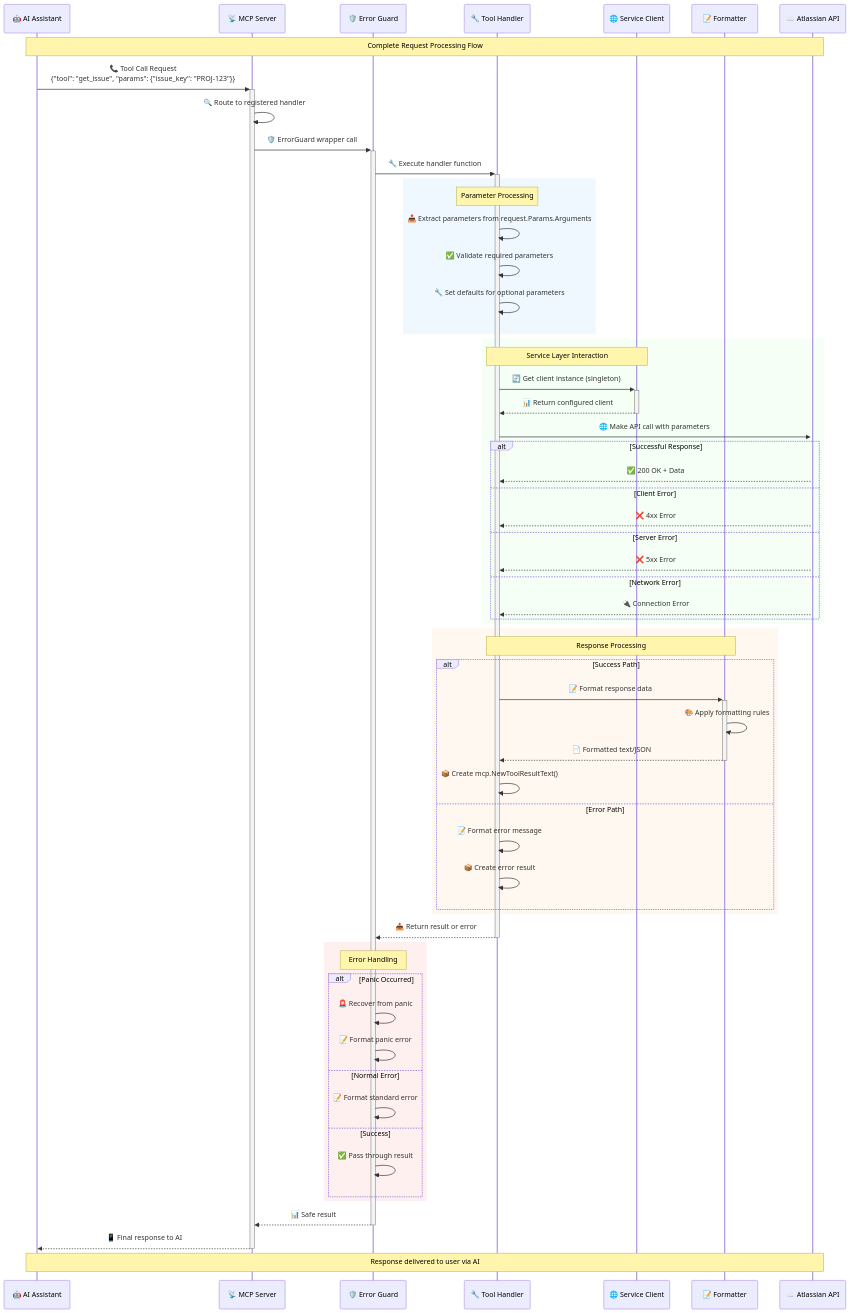
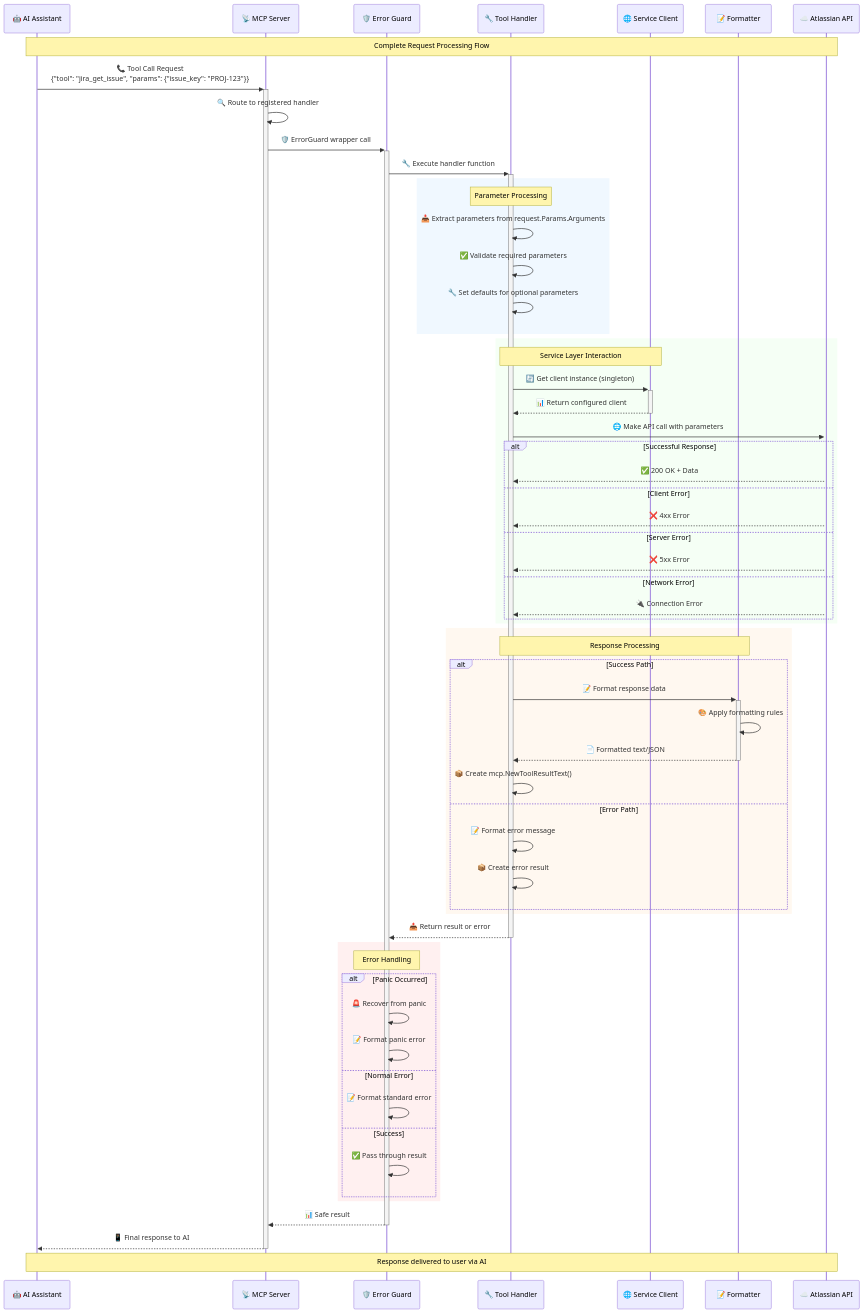
Before and after one commit to nguyenvanduocit/jira-mcp: the fifth of 8 diagrams in docs/SYSTEM_DIAGRAMS.md, drawn with Mermaid. The commit also changed other lines of this file and 17 other files, not shown here.

First line of the commit message:
feat: add jira_ prefix to all tool names for better LLM discoverability

````diff
--- a/docs/SYSTEM_DIAGRAMS.md
+++ b/docs/SYSTEM_DIAGRAMS.md
@@ -254,74 +254,74 @@
 ```mermaid
 sequenceDiagram
     participant AI as 🤖 AI Assistant
     participant MCP as 📡 MCP Server
     participant GUARD as 🛡️ Error Guard
     participant TOOL as 🔧 Tool Handler
     participant SVC as 🌐 Service Client
     participant FMT as 📝 Formatter
     participant API as ☁️ Atlassian API
     
     Note over AI,API: Complete Request Processing Flow
     
-    AI->>+MCP: 📞 Tool Call Request<br/>{"tool": "get_issue", "params": {"issue_key": "PROJ-123"}}
+    AI->>+MCP: 📞 Tool Call Request<br/>{"tool": "jira_get_issue", "params": {"issue_key": "PROJ-123"}}
     MCP->>MCP: 🔍 Route to registered handler
     MCP->>+GUARD: 🛡️ ErrorGuard wrapper call
     
     GUARD->>+TOOL: 🔧 Execute handler function
     
     rect rgb(240, 248, 255)
         Note over TOOL: Parameter Processing
         TOOL->>TOOL: 📥 Extract parameters from request.Params.Arguments
         TOOL->>TOOL: ✅ Validate required parameters
         TOOL->>TOOL: 🔧 Set defaults for optional parameters
     end
     
     rect rgb(245, 255, 245)
         Note over TOOL,SVC: Service Layer Interaction
         TOOL->>+SVC: 🔄 Get client instance (singleton)
         SVC-->>-TOOL: 📊 Return configured client
         TOOL->>+API: 🌐 Make API call with parameters
         
         alt Successful Response
             API-->>TOOL: ✅ 200 OK + Data
         else Client Error
             API-->>TOOL: ❌ 4xx Error
         else Server Error
             API-->>TOOL: ❌ 5xx Error
         else Network Error
             API-->>TOOL: 🔌 Connection Error
         end
     end
     
     rect rgb(255, 248, 240)
         Note over TOOL,FMT: Response Processing
         alt Success Path
             TOOL->>+FMT: 📝 Format response data
             FMT->>FMT: 🎨 Apply formatting rules
             FMT-->>-TOOL: 📄 Formatted text/JSON
             TOOL->>TOOL: 📦 Create mcp.NewToolResultText()
         else Error Path
             TOOL->>TOOL: 📝 Format error message
             TOOL->>TOOL: 📦 Create error result
         end
     end
     
     TOOL-->>-GUARD: 📤 Return result or error
     
     rect rgb(255, 240, 240)
         Note over GUARD: Error Handling
         alt Panic Occurred
             GUARD->>GUARD: 🚨 Recover from panic
             GUARD->>GUARD: 📝 Format panic error
         else Normal Error
             GUARD->>GUARD: 📝 Format standard error
         else Success
             GUARD->>GUARD: ✅ Pass through result
         end
     end
     
     GUARD-->>-MCP: 📊 Safe result
     MCP-->>-AI: 📱 Final response to AI
     
     Note over AI,API: Response delivered to user via AI
 ```
````
